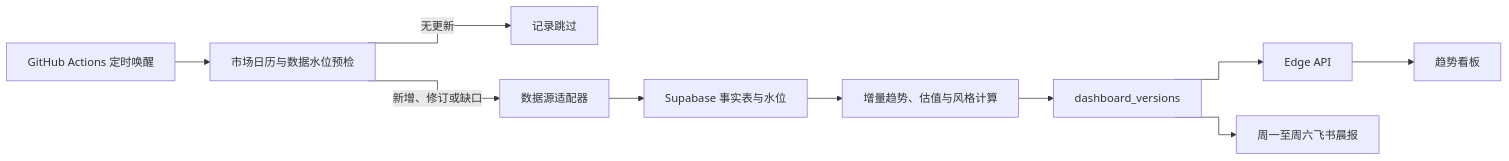
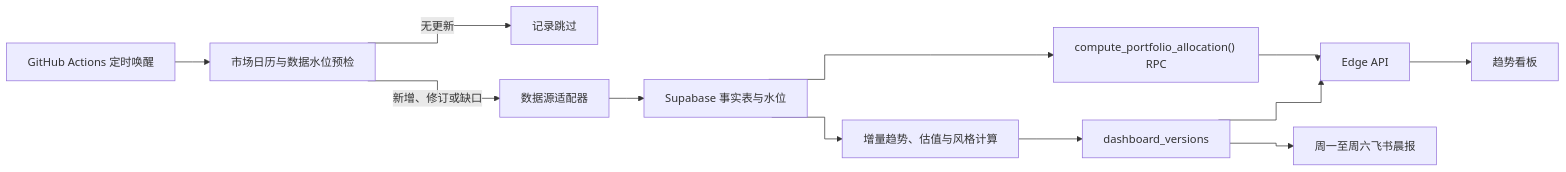
Before and after one commit to SakuraO-O/quantification: the first of 3 diagrams in ARCHITECTURE.md, drawn with Mermaid. The commit also changed other lines of this file and 21 other files, not shown here.

````diff
--- a/ARCHITECTURE.md
+++ b/ARCHITECTURE.md
@@ -7,13 +7,15 @@
 ```mermaid
 %%{init: {"flowchart": {"curve": "stepAfter"}}}%%
 flowchart LR
   A["GitHub Actions 定时唤醒"] --> B["市场日历与数据水位预检"]
   B -->|"无更新"| C["记录跳过"]
   B -->|"新增、修订或缺口"| D["数据源适配器"]
   D --> E["Supabase 事实表与水位"]
   E --> F["增量趋势、估值与风格计算"]
   F --> G["dashboard_versions"]
-  G --> H["Edge API"]
+  E --> K["compute_portfolio_allocation() RPC"]
+  K --> H["Edge API"]
+  G --> H
   G --> I["周一至周六飞书晨报"]
   H --> J["趋势看板"]
 ```
````
